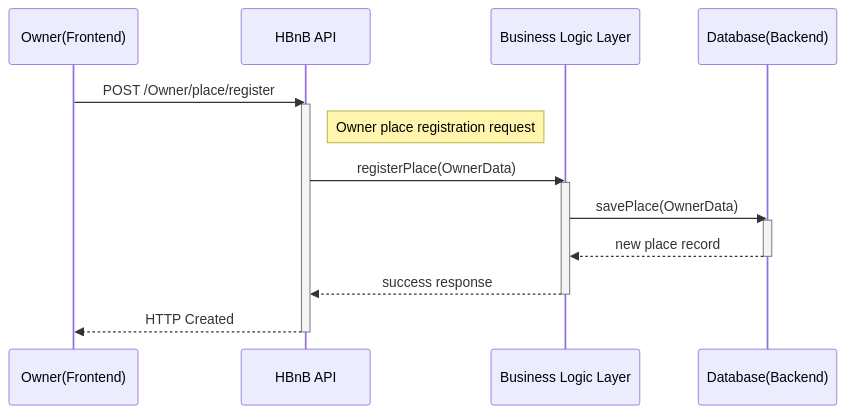
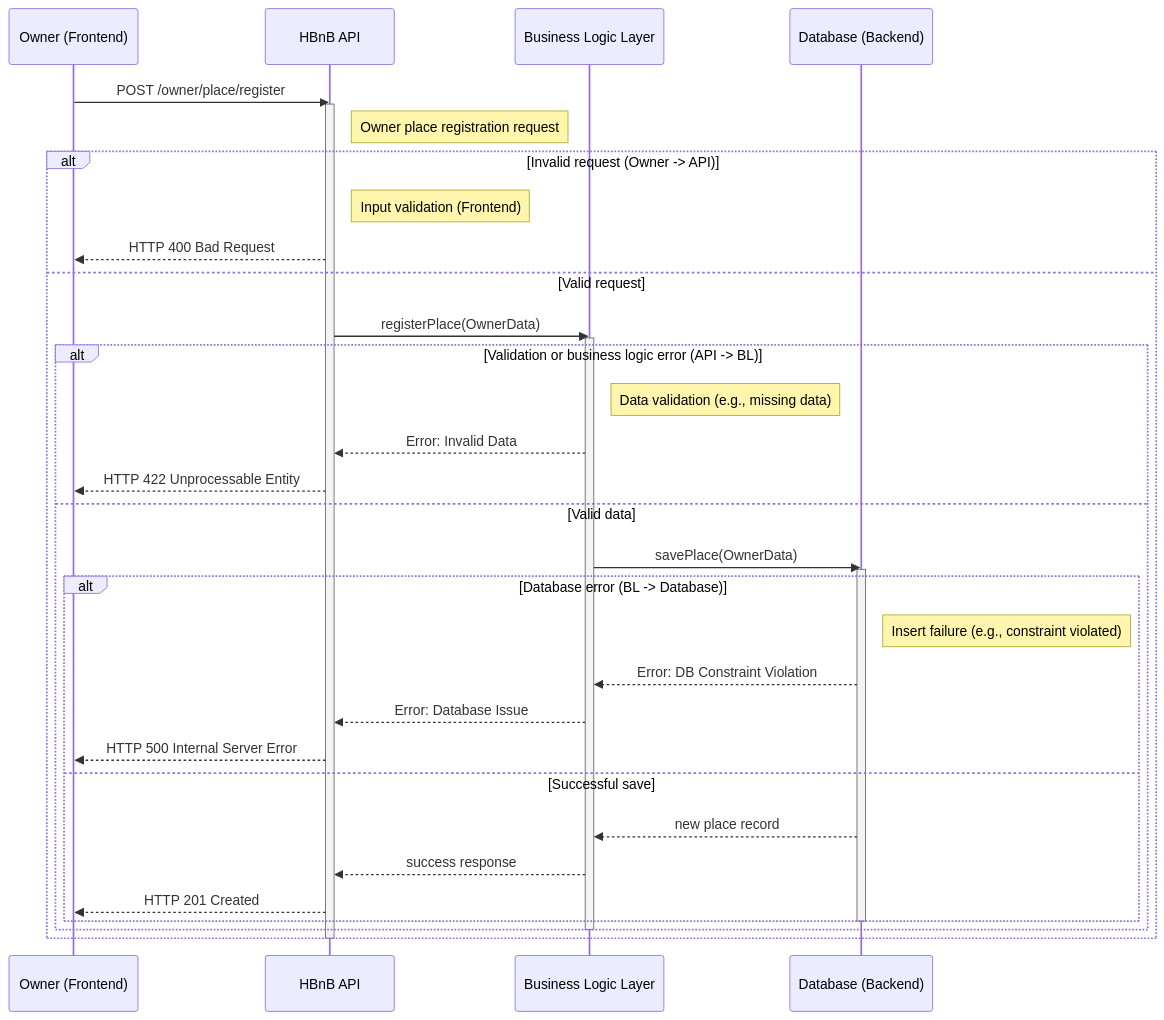
One commit to Mathieu7483/holbertonschool-hbnb changed the second of 4 diagrams in part1/Sequence Diagrams for API Calls.md. Above: the diagram before and after it, drawn with Mermaid.

Commit message:
Fix sequence diagram formatting and labels

````diff
--- a/part1/Sequence Diagrams for API Calls.md
+++ b/part1/Sequence Diagrams for API Calls.md
@@ -37,26 +37,42 @@
 ```mermaid
 sequenceDiagram
-    participant Owner(Frontend)
+    participant Owner as Owner (Frontend)
     participant API as HBnB API
     participant BL as Business Logic Layer
-    participant Database(Backend)
+    participant Database as Database (Backend)
 
-    Owner(Frontend)->>API: POST /Owner/place/register
+    Owner->>API: POST /owner/place/register
     activate API
     Note right of API: Owner place registration request
 
-    API->>BL: registerPlace(OwnerData)
-    activate BL
+    alt Invalid request (Owner -> API)
+        Note right of API: Input validation (Frontend)
+        API-->>Owner: HTTP 400 Bad Request
+    else Valid request
+        API->>BL: registerPlace(OwnerData)
+        activate BL
 
-    BL->>Database(Backend): savePlace(OwnerData)
-    activate Database(Backend)
+        alt Validation or business logic error (API -> BL)
+            Note right of BL: Data validation (e.g., missing data)
+            BL-->>API: Error: Invalid Data
+            API-->>Owner: HTTP 422 Unprocessable Entity
+        else Valid data
+            BL->>Database: savePlace(OwnerData)
+            activate Database
 
-    Database(Backend)-->>BL: new place record
-    deactivate Database(Backend)
-
-    BL-->>API: success response
-    deactivate BL
-
-    API-->>Owner(Frontend): HTTP Created
+            alt Database error (BL -> Database)
+                Note right of Database: Insert failure (e.g., constraint violated)
+                Database-->>BL: Error: DB Constraint Violation
+                BL-->>API: Error: Database Issue
+                API-->>Owner: HTTP 500 Internal Server Error
+            else Successful save
+                Database-->>BL: new place record
+                BL-->>API: success response
+                API-->>Owner: HTTP 201 Created
+            end
+            deactivate Database
+        end
+        deactivate BL
+    end
     deactivate API
 ```
````
